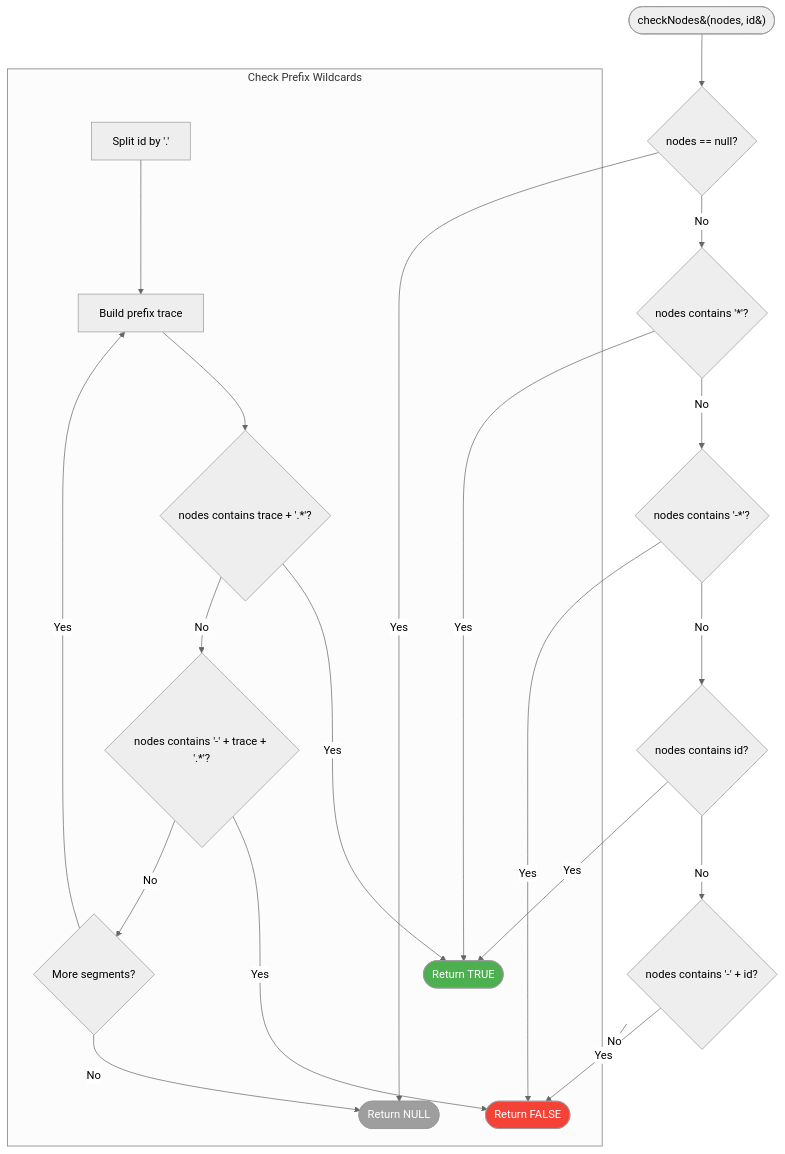
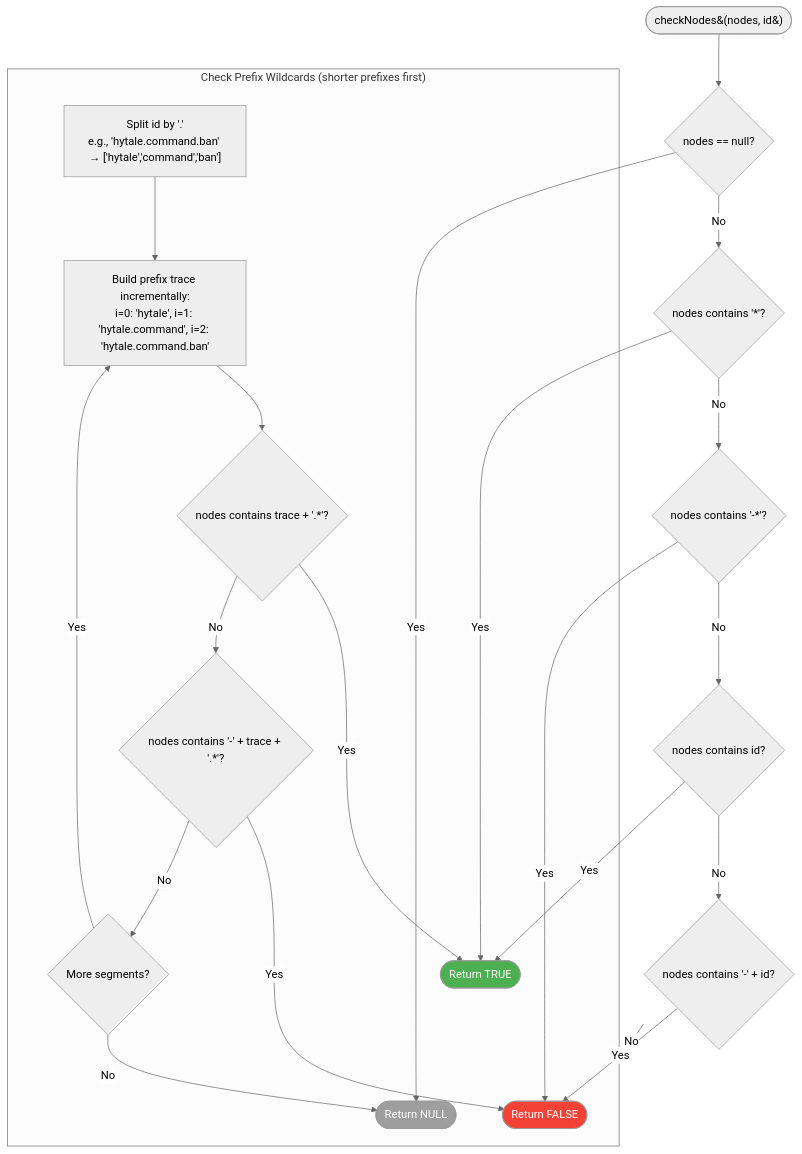
Before and after one commit to HyperSystemsDev/hytale-permissions-docs: the second of 4 diagrams in diagrams/PERMISSION_RESOLUTION_FLOW.md, drawn with Mermaid (neutral theme). The commit also changed other lines of this file and 15 other files, not shown here.

````diff
--- a/diagrams/PERMISSION_RESOLUTION_FLOW.md
+++ b/diagrams/PERMISSION_RESOLUTION_FLOW.md
@@ -54,34 +54,34 @@
 ```mermaid
 flowchart TD
     START([checkNodes&#40;nodes, id&#41;]) --> NULL_CHECK{nodes == null?}
 
     NULL_CHECK -->|Yes| RETURN_NULL([Return NULL])
     NULL_CHECK -->|No| GLOBAL_GRANT
 
     GLOBAL_GRANT{nodes contains '*'?} -->|Yes| RETURN_TRUE([Return TRUE])
     GLOBAL_GRANT -->|No| GLOBAL_DENY
 
     GLOBAL_DENY{nodes contains '-*'?} -->|Yes| RETURN_FALSE([Return FALSE])
     GLOBAL_DENY -->|No| EXACT_GRANT
 
     EXACT_GRANT{nodes contains id?} -->|Yes| RETURN_TRUE
     EXACT_GRANT -->|No| EXACT_DENY
 
     EXACT_DENY{nodes contains '-' + id?} -->|Yes| RETURN_FALSE
     EXACT_DENY -->|No| WILDCARD_LOOP
 
-    subgraph WILDCARD_LOOP["Check Prefix Wildcards"]
-        W1[Split id by '.'] --> W2[Build prefix trace]
+    subgraph WILDCARD_LOOP["Check Prefix Wildcards (shorter prefixes first)"]
+        W1["Split id by '.'<br>e.g., 'hytale.command.ban' → ['hytale','command','ban']"] --> W2["Build prefix trace incrementally:<br>i=0: 'hytale', i=1: 'hytale.command', i=2: 'hytale.command.ban'"]
         W2 --> W3{nodes contains trace + '.*'?}
         W3 -->|Yes| RETURN_TRUE
         W3 -->|No| W4{nodes contains '-' + trace + '.*'?}
         W4 -->|Yes| RETURN_FALSE
         W4 -->|No| W5{More segments?}
         W5 -->|Yes| W2
         W5 -->|No| RETURN_NULL
     end
 
     style RETURN_TRUE fill:#4CAF50,color:#fff
     style RETURN_FALSE fill:#f44336,color:#fff
     style RETURN_NULL fill:#9E9E9E,color:#fff
 ```
````
